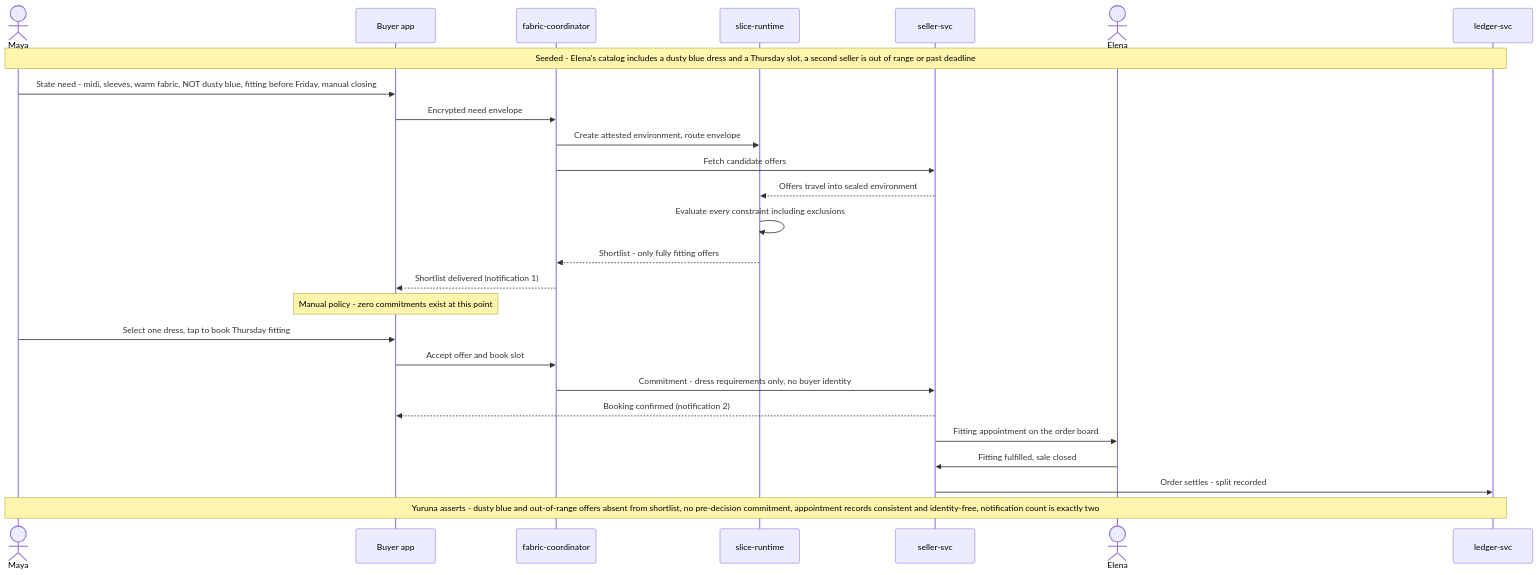
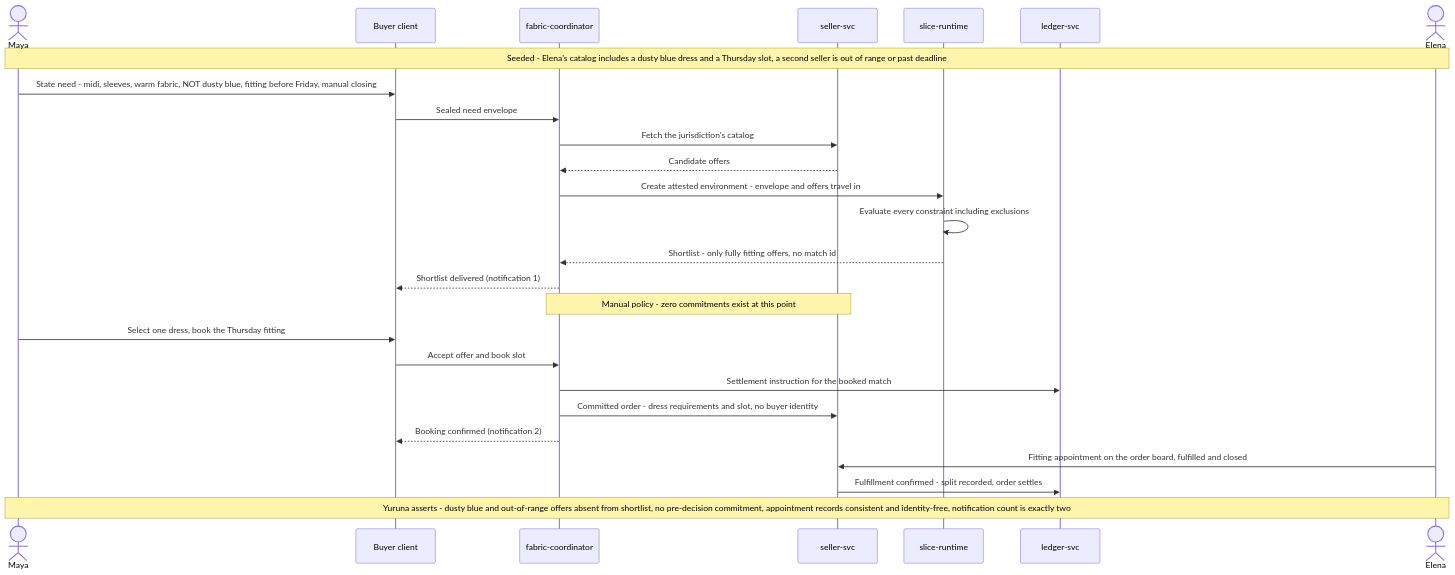
The diagram in plan/design/seq.s002.fitting.md (alius-git/amisad.dev), drawn with Mermaid before and after one commit. The commit also changed 19 other files, not shown here.

````diff
--- a/plan/design/seq.s002.fitting.md
+++ b/plan/design/seq.s002.fitting.md
@@ -7,29 +7,29 @@
 ```mermaid
 sequenceDiagram
     actor Maya
-    participant BuyerApp as Buyer app
+    participant BuyerApp as Buyer client
     participant Coordinator as fabric-coordinator
+    participant SellerSvc as seller-svc
     participant SliceRT as slice-runtime
-    participant SellerSvc as seller-svc
+    participant LedgerSvc as ledger-svc
     actor Elena
-    participant LedgerSvc as ledger-svc
 
-    Note over Maya,LedgerSvc: Seeded - Elena's catalog includes a dusty blue dress and a Thursday slot, a second seller is out of range or past deadline
+    Note over Maya,Elena: Seeded - Elena's catalog includes a dusty blue dress and a Thursday slot, a second seller is out of range or past deadline
     Maya->>BuyerApp: State need - midi, sleeves, warm fabric, NOT dusty blue, fitting before Friday, manual closing
-    BuyerApp->>Coordinator: Encrypted need envelope
-    Coordinator->>SliceRT: Create attested environment, route envelope
-    Coordinator->>SellerSvc: Fetch candidate offers
-    SellerSvc-->>SliceRT: Offers travel into sealed environment
+    BuyerApp->>Coordinator: Sealed need envelope
+    Coordinator->>SellerSvc: Fetch the jurisdiction's catalog
+    SellerSvc-->>Coordinator: Candidate offers
+    Coordinator->>SliceRT: Create attested environment - envelope and offers travel in
     SliceRT->>SliceRT: Evaluate every constraint including exclusions
-    SliceRT-->>Coordinator: Shortlist - only fully fitting offers
+    SliceRT-->>Coordinator: Shortlist - only fully fitting offers, no match id
     Coordinator-->>BuyerApp: Shortlist delivered (notification 1)
-    Note over BuyerApp: Manual policy - zero commitments exist at this point
-    Maya->>BuyerApp: Select one dress, tap to book Thursday fitting
+    Note over Coordinator,SellerSvc: Manual policy - zero commitments exist at this point
+    Maya->>BuyerApp: Select one dress, book the Thursday fitting
     BuyerApp->>Coordinator: Accept offer and book slot
-    Coordinator->>SellerSvc: Commitment - dress requirements only, no buyer identity
-    SellerSvc-->>BuyerApp: Booking confirmed (notification 2)
-    SellerSvc->>Elena: Fitting appointment on the order board
-    Elena->>SellerSvc: Fitting fulfilled, sale closed
-    SellerSvc->>LedgerSvc: Order settles - split recorded
-    Note over Maya,LedgerSvc: Yuruna asserts - dusty blue and out-of-range offers absent from shortlist, no pre-decision commitment, appointment records consistent and identity-free, notification count is exactly two
+    Coordinator->>LedgerSvc: Settlement instruction for the booked match
+    Coordinator->>SellerSvc: Committed order - dress requirements and slot, no buyer identity
+    Coordinator-->>BuyerApp: Booking confirmed (notification 2)
+    Elena->>SellerSvc: Fitting appointment on the order board, fulfilled and closed
+    SellerSvc->>LedgerSvc: Fulfillment confirmed - split recorded, order settles
+    Note over Maya,Elena: Yuruna asserts - dusty blue and out-of-range offers absent from shortlist, no pre-decision commitment, appointment records consistent and identity-free, notification count is exactly two
 ```
````
